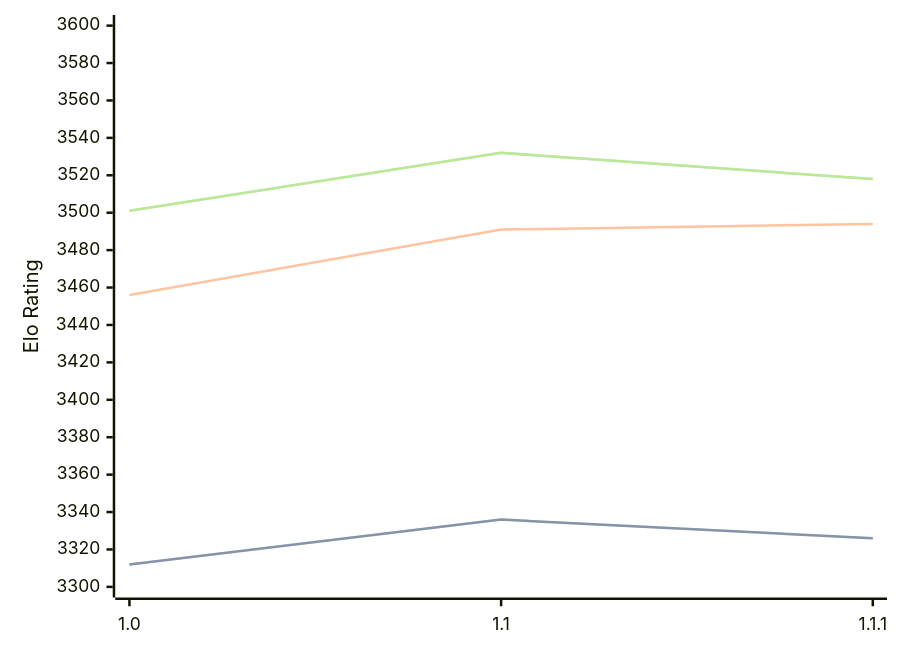
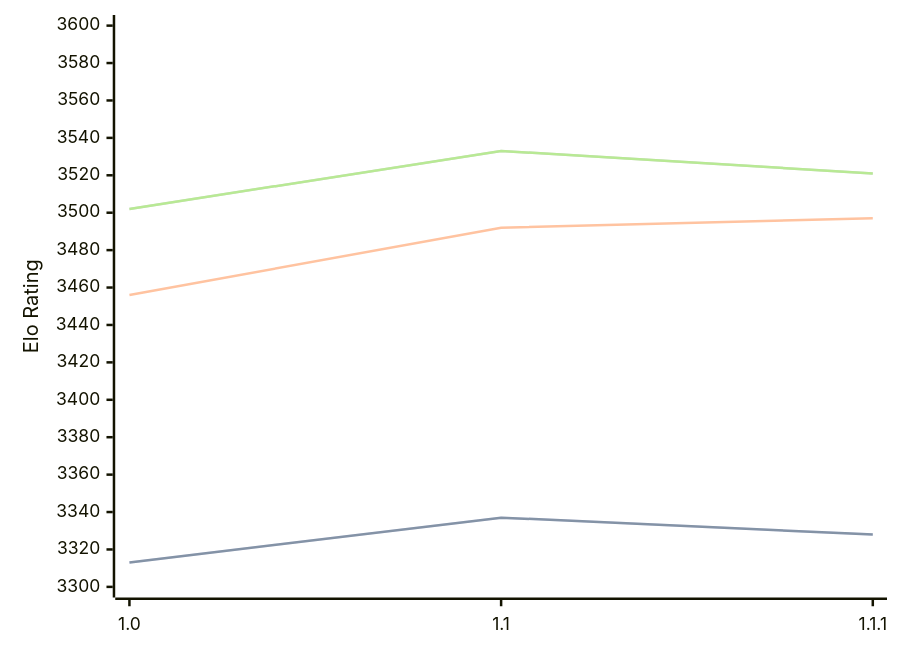
One commit to computer-chess-index/cci changed the diagram in engines/Icarus.md. Above: the diagram before and after it, drawn with Mermaid. The commit also changed other lines of this file, not shown here.

Commit message:
Update CCI Ratings (ELO VLTC) - 2026-08-26

````diff
--- a/engines/Icarus.md
+++ b/engines/Icarus.md
@@ -33,11 +33,11 @@
 ```mermaid
 %%{init: {"theme":"base","themeVariables":{"seriesColors:['#a3a3a3','#222221','#faa371']}}}%%
 xychart-beta
   x-axis ["1.0", "1.1", "1.1.1"]
   y-axis "Elo Rating" 3300 --> 3600
-  line "STC (8.0+0.08s)" [3312, 3336, 3326]
-  line "STC (8.0+0.08s)" [3312, 3336, 3326]
-  line "LTC (60.0+0.60s)" [3456, 3491, 3494]
-  line "VLTC (2m24s+1.12s)" [3501, 3532, 3518]
-  line "VLTC (2m24s+1.12s)" [3501, 3532, 3518]
+  line "STC (8.0+0.08s)" [3313, 3337, 3328]
+  line "STC (8.0+0.08s)" [3313, 3337, 3328]
+  line "LTC (60.0+0.60s)" [3456, 3492, 3497]
+  line "VLTC (2m24s+1.12s)" [3502, 3533, 3521]
+  line "VLTC (2m24s+1.12s)" [3502, 3533, 3521]
 ```
````
